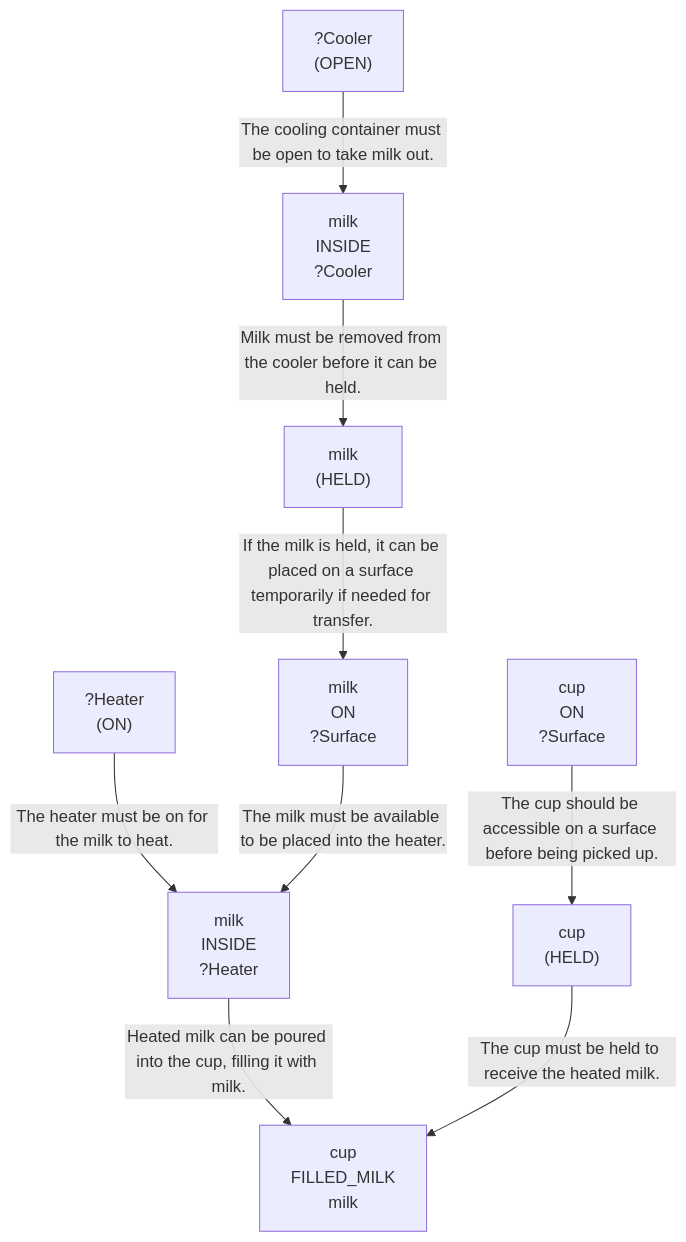
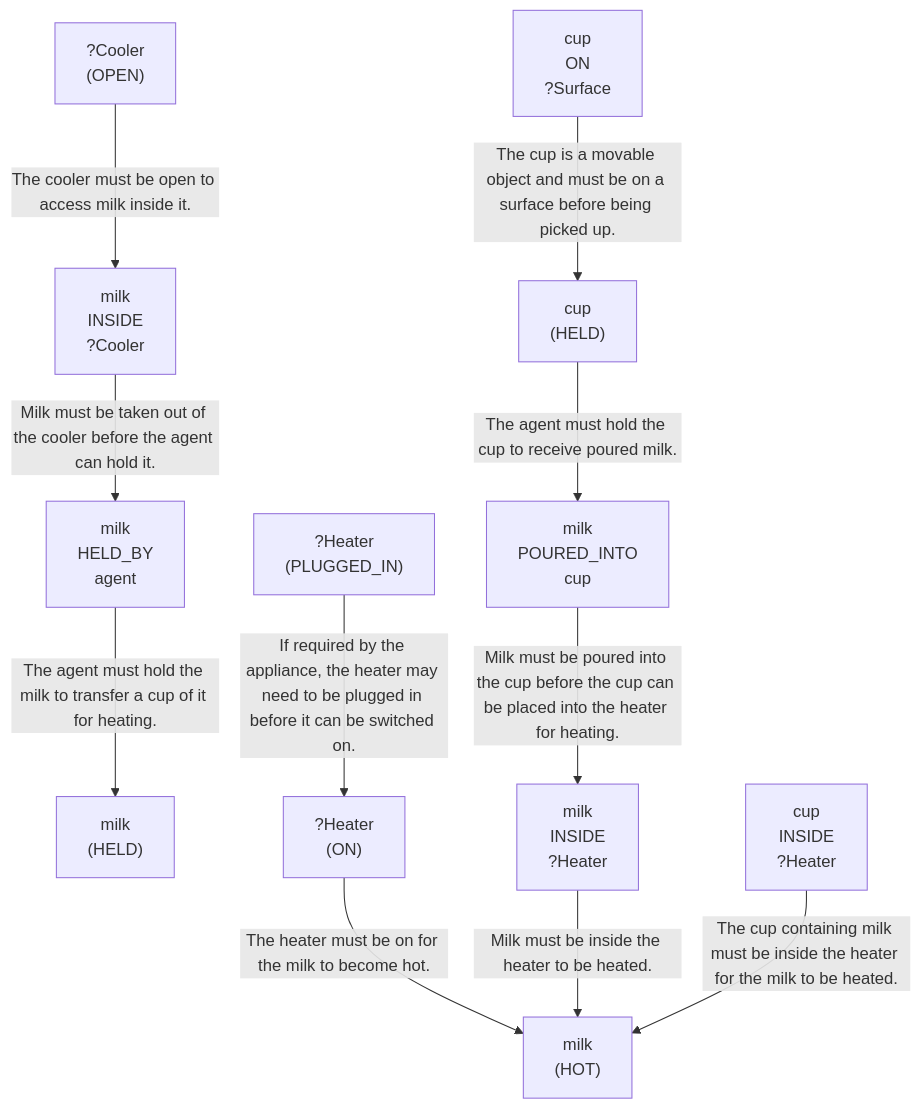
The first of 3 diagrams in evaluation/results/table3/robostate/runs/without_goal_reasoning/G3_11/run_T3_without_goal_reasoning_G3_11.md (scuama/virtualhome), drawn with Mermaid before and after one commit. The commit also changed other lines of this file and 507 other files, not shown here.

````diff
--- a/evaluation/results/table3/robostate/runs/without_goal_reasoning/G3_11/run_T3_without_goal_reasoning_G3_11.md
+++ b/evaluation/results/table3/robostate/runs/without_goal_reasoning/G3_11/run_T3_without_goal_reasoning_G3_11.md
@@ -32,20 +32,25 @@
 ```mermaid
 graph TD
-    N1["cup<br>FILLED_MILK<br>milk"]
+    N1["milk<br>(HELD)"]
     N2["milk<br>INSIDE<br>?Cooler"]
     N3["?Cooler<br>(OPEN)"]
-    N4["milk<br>(HELD)"]
-    N5["milk<br>ON<br>?Surface"]
+    N4["milk<br>HELD_BY<br>agent"]
+    N5["milk<br>(HOT)"]
     N6["milk<br>INSIDE<br>?Heater"]
     N7["?Heater<br>(ON)"]
-    N8["cup<br>(HELD)"]
-    N9["cup<br>ON<br>?Surface"]
-    N3 -->|"The cooling container must be open to take milk out."| N2
-    N2 -->|"Milk must be removed from the cooler before it can be held."| N4
-    N4 -->|"If the milk is held, it can be placed on a surface temporarily if needed for transfer."| N5
-    N7 -->|"The heater must be on for the milk to heat."| N6
-    N5 -->|"The milk must be available to be placed into the heater."| N6
-    N6 -->|"Heated milk can be poured into the cup, filling it with milk."| N1
-    N8 -->|"The cup must be held to receive the heated milk."| N1
-    N9 -->|"The cup should be accessible on a surface before being picked up."| N8
+    N8["?Heater<br>(PLUGGED_IN)"]
+    N9["cup<br>INSIDE<br>?Heater"]
+    N10["cup<br>ON<br>?Surface"]
+    N11["cup<br>(HELD)"]
+    N12["milk<br>POURED_INTO<br>cup"]
+    N3 -->|"The cooler must be open to access milk inside it."| N2
+    N2 -->|"Milk must be taken out of the cooler before the agent can hold it."| N4
+    N4 -->|"The agent must hold the milk to transfer a cup of it for heating."| N1
+    N7 -->|"The heater must be on for the milk to become hot."| N5
+    N8 -->|"If required by the appliance, the heater may need to be plugged in before it can be switched on."| N7
+    N6 -->|"Milk must be inside the heater to be heated."| N5
+    N12 -->|"Milk must be poured into the cup before the cup can be placed into the heater for heating."| N6
+    N11 -->|"The agent must hold the cup to receive poured milk."| N12
+    N10 -->|"The cup is a movable object and must be on a surface before being picked up."| N11
+    N9 -->|"The cup containing milk must be inside the heater for the milk to be heated."| N5
 ```
````
